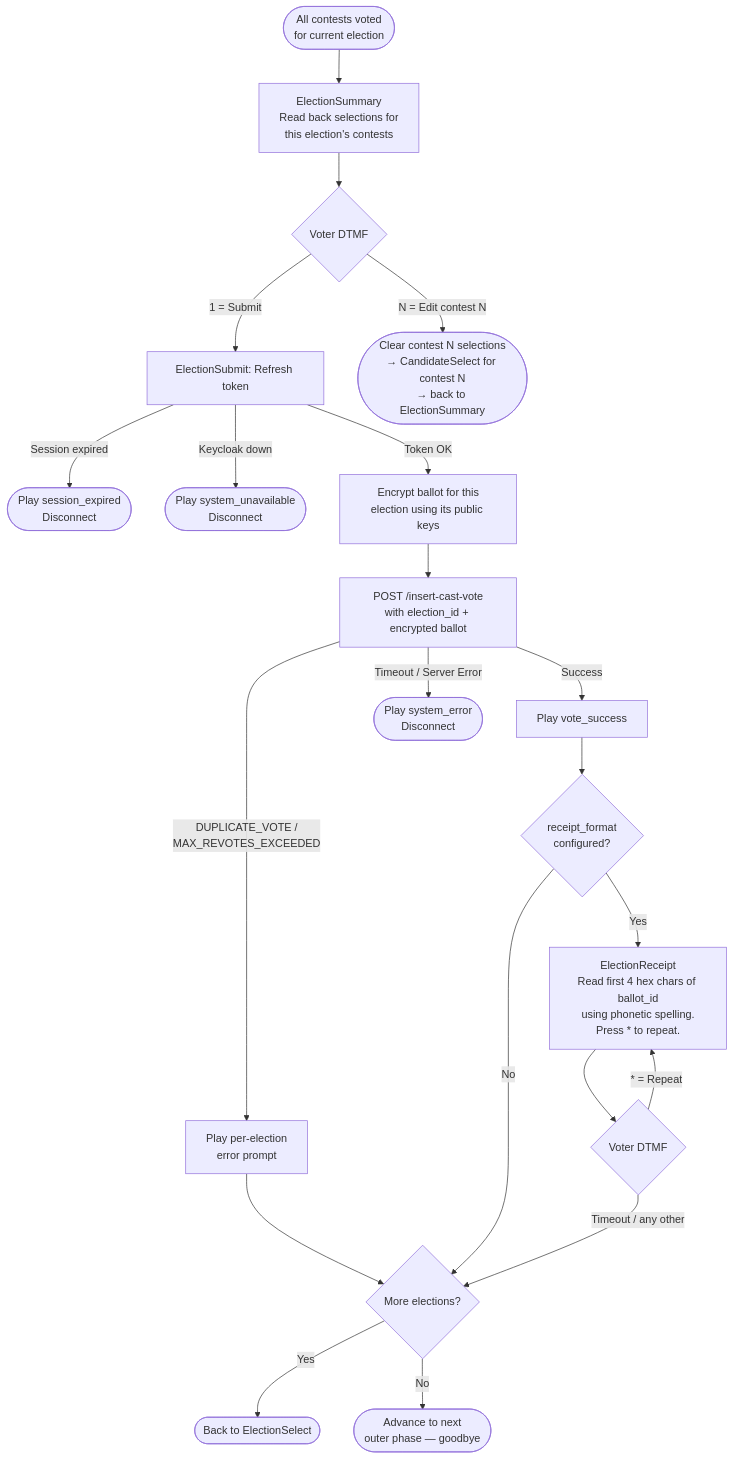
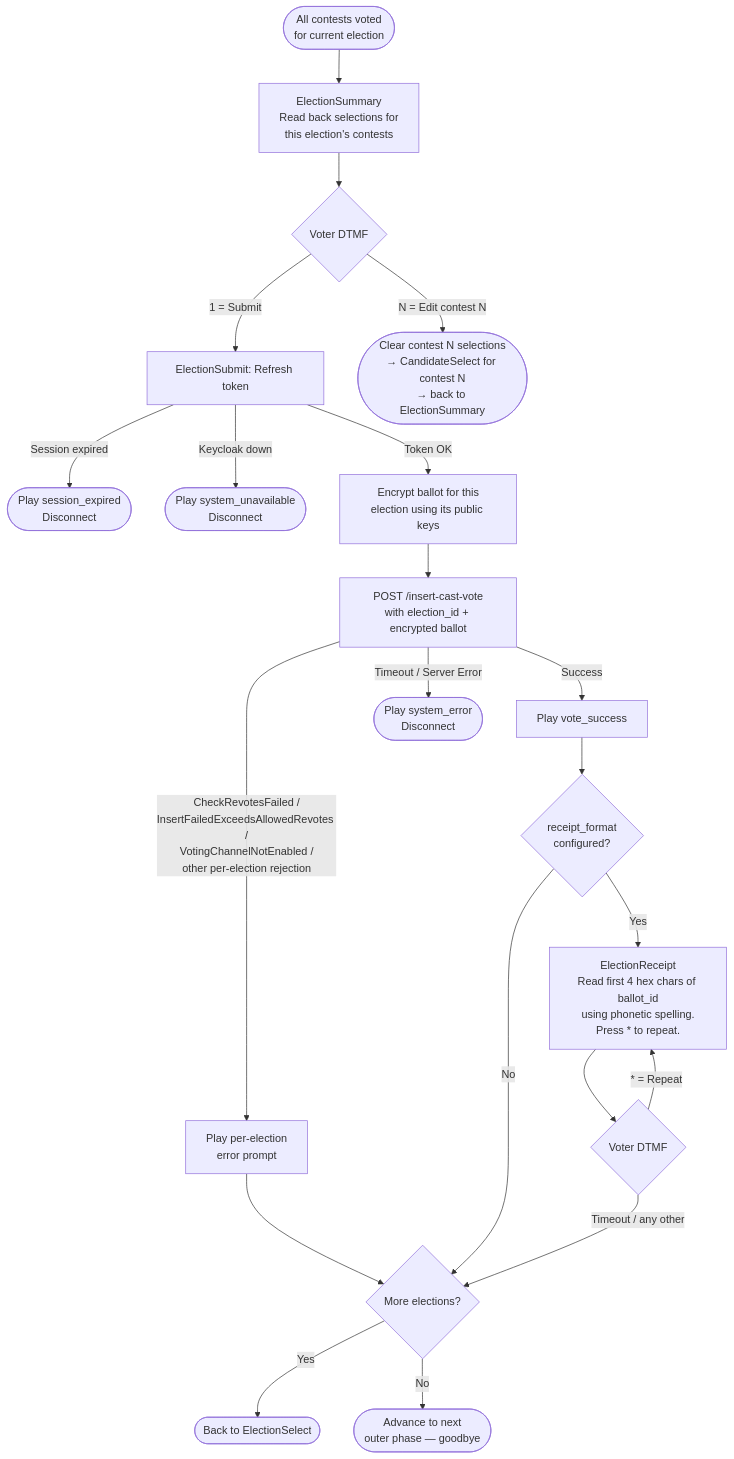
Before and after one commit to sequentech/step: the third of 13 diagrams in docs/docusaurus/docs/07-developers/12-ivr/ivr-system-design.md, drawn with Mermaid. The commit also changed other lines of this file, not shown here.

````diff
--- a/docs/docusaurus/docs/07-developers/12-ivr/ivr-system-design.md
+++ b/docs/docusaurus/docs/07-developers/12-ivr/ivr-system-design.md
@@ -149,29 +149,29 @@
 ```mermaid
 flowchart TD
     START([All contests voted<br/>for current election]) --> SUM[ElectionSummary<br/>Read back selections for<br/>this election's contests]
     SUM --> SUM_INPUT{Voter DTMF}
     SUM_INPUT -->|"1 = Submit"| TOKEN[ElectionSubmit: Refresh token]
     SUM_INPUT -->|"N = Edit contest N"| EDIT([Clear contest N selections<br/>→ CandidateSelect for contest N<br/>→ back to ElectionSummary])
 
     TOKEN -->|"Session expired"| TOKEN_ERR([Play session_expired<br/>Disconnect])
     TOKEN -->|"Keycloak down"| KC_ERR([Play system_unavailable<br/>Disconnect])
     TOKEN -->|Token OK| ENCRYPT[Encrypt ballot for this<br/>election using its public keys]
     ENCRYPT --> CAST[POST /insert-cast-vote<br/>with election_id + encrypted ballot]
 
     CAST -->|Success| CAST_OK[Play vote_success]
-    CAST -->|"DUPLICATE_VOTE /<br/>MAX_REVOTES_EXCEEDED"| CAST_WARN[Play per-election<br/>error prompt]
+    CAST -->|"CheckRevotesFailed /<br/>InsertFailedExceedsAllowedRevotes /<br/>VotingChannelNotEnabled /<br/>other per-election rejection"| CAST_WARN[Play per-election<br/>error prompt]
     CAST -->|"Timeout / Server Error"| SRV_ERR([Play system_error<br/>Disconnect])
 
     CAST_OK --> RCPT{receipt_format<br/>configured?}
     CAST_WARN --> NEXT
 
     RCPT -->|No| NEXT
     RCPT -->|Yes| RCPT_READ[ElectionReceipt<br/>Read first 4 hex chars of ballot_id<br/>using phonetic spelling.<br/>Press * to repeat.]
     RCPT_READ --> RCPT_INPUT{Voter DTMF}
     RCPT_INPUT -->|"* = Repeat"| RCPT_READ
     RCPT_INPUT -->|"Timeout / any other"| NEXT
 
     NEXT{More elections?}
     NEXT -->|Yes| ELEC_SEL([Back to ElectionSelect])
     NEXT -->|No| DONE([Advance to next<br/>outer phase — goodbye])
 ```
````
